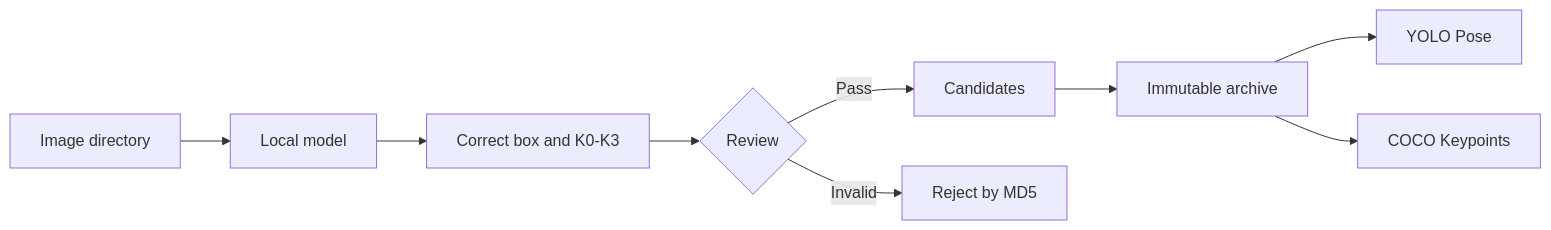
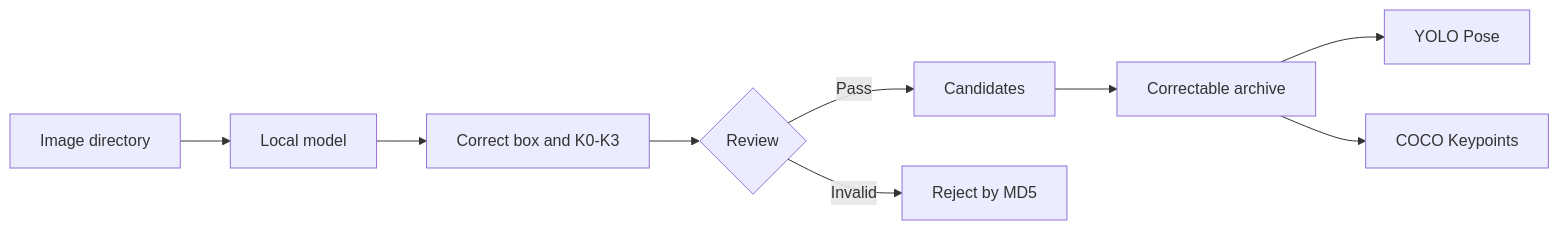
One commit to DigInsight-AI/tool-idcard-label changed the diagram in README.MD. Above: the diagram before and after it, drawn with Mermaid. The commit also changed other lines of this file and 13 other files, not shown here.

````diff
--- a/README.MD
+++ b/README.MD
@@ -29,11 +29,11 @@
 ```mermaid
 flowchart LR
     A[Image directory] --> B[Local model]
     B --> C[Correct box and K0-K3]
     C --> D{Review}
     D -->|Pass| E[Candidates]
     D -->|Invalid| F[Reject by MD5]
-    E --> G[Immutable archive]
+    E --> G[Correctable archive]
     G --> H[YOLO Pose]
     G --> I[COCO Keypoints]
 ```
````
